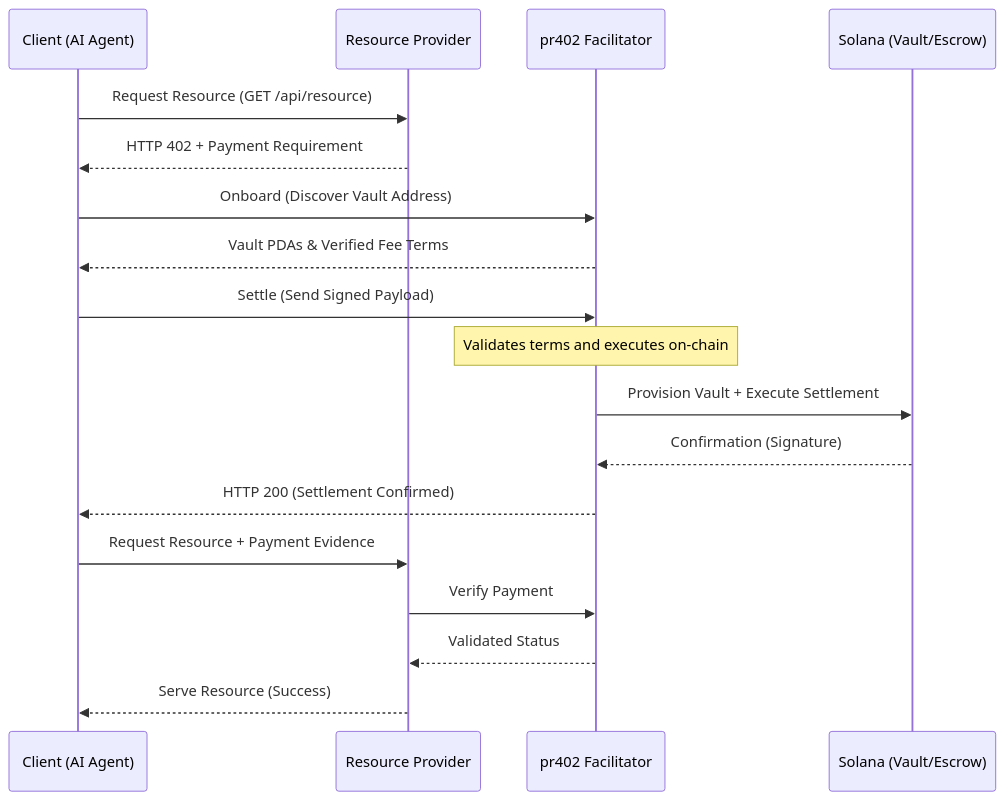
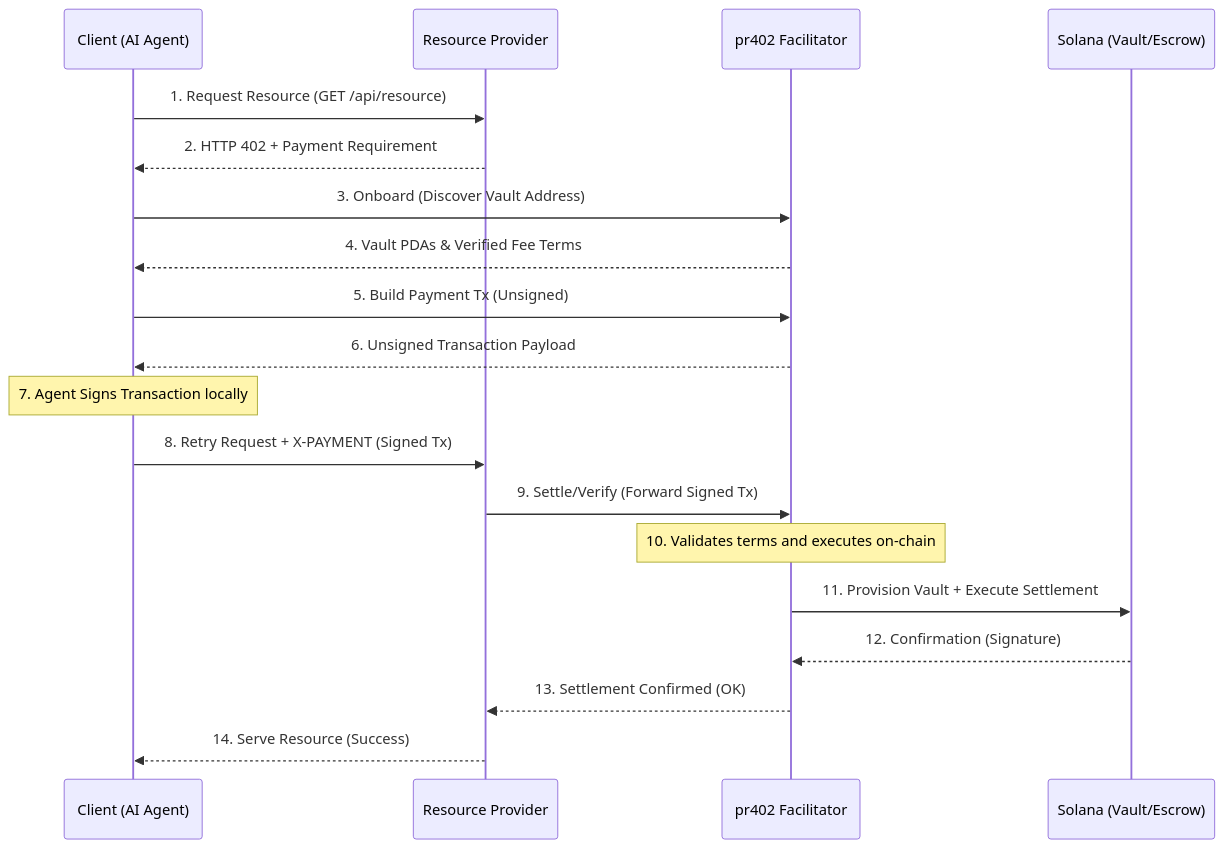
One commit to miraland-labs/x402 changed the diagram in ARCHITECTURE_OVERVIEW.md. Above: the diagram before and after it, drawn with Mermaid. The commit also changed other lines of this file and 1 other file, not shown here.

Commit message:
Deterministic Finality

````diff
--- a/ARCHITECTURE_OVERVIEW.md
+++ b/ARCHITECTURE_OVERVIEW.md
@@ -60,25 +60,28 @@
 ```mermaid
 sequenceDiagram
     participant Agent as Client (AI Agent)
     participant Provider as Resource Provider
     participant Facilitator as pr402 Facilitator
     participant OnChain as Solana (Vault/Escrow)
 
-    Agent->>Provider: Request Resource (GET /api/resource)
-    Provider-->>Agent: HTTP 402 + Payment Requirement
+    Agent->>Provider: 1. Request Resource (GET /api/resource)
+    Provider-->>Agent: 2. HTTP 402 + Payment Requirement
     
-    Agent->>Facilitator: Onboard (Discover Vault Address)
-    Facilitator-->>Agent: Vault PDAs & Verified Fee Terms
+    Agent->>Facilitator: 3. Onboard (Discover Vault Address)
+    Facilitator-->>Agent: 4. Vault PDAs & Verified Fee Terms
 
-    Agent->>Facilitator: Settle (Send Signed Payload)
-    Note over Facilitator: Validates terms and executes on-chain
-    Facilitator->>OnChain: Provision Vault + Execute Settlement
-    OnChain-->>Facilitator: Confirmation (Signature)
+    Agent->>Facilitator: 5. Build Payment Tx (Unsigned)
+    Facilitator-->>Agent: 6. Unsigned Transaction Payload
+
+    Note over Agent: 7. Agent Signs Transaction locally
+
+    Agent->>Provider: 8. Retry Request + X-PAYMENT (Signed Tx)
     
-    Facilitator-->>Agent: HTTP 200 (Settlement Confirmed)
+    Provider->>Facilitator: 9. Settle/Verify (Forward Signed Tx)
+    Note over Facilitator: 10. Validates terms and executes on-chain
+    Facilitator->>OnChain: 11. Provision Vault + Execute Settlement
+    OnChain-->>Facilitator: 12. Confirmation (Signature)
     
-    Agent->>Provider: Request Resource + Payment Evidence
-    Provider->>Facilitator: Verify Payment
-    Facilitator-->>Provider: Validated Status
-    Provider-->>Agent: Serve Resource (Success)
+    Facilitator-->>Provider: 13. Settlement Confirmed (OK)
+    Provider-->>Agent: 14. Serve Resource (Success)
 ```
````
